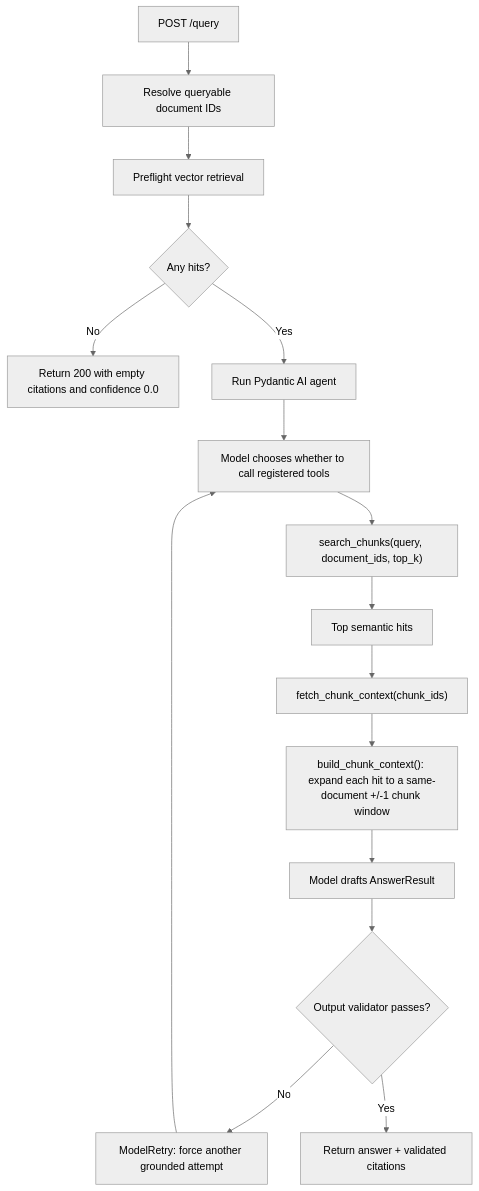
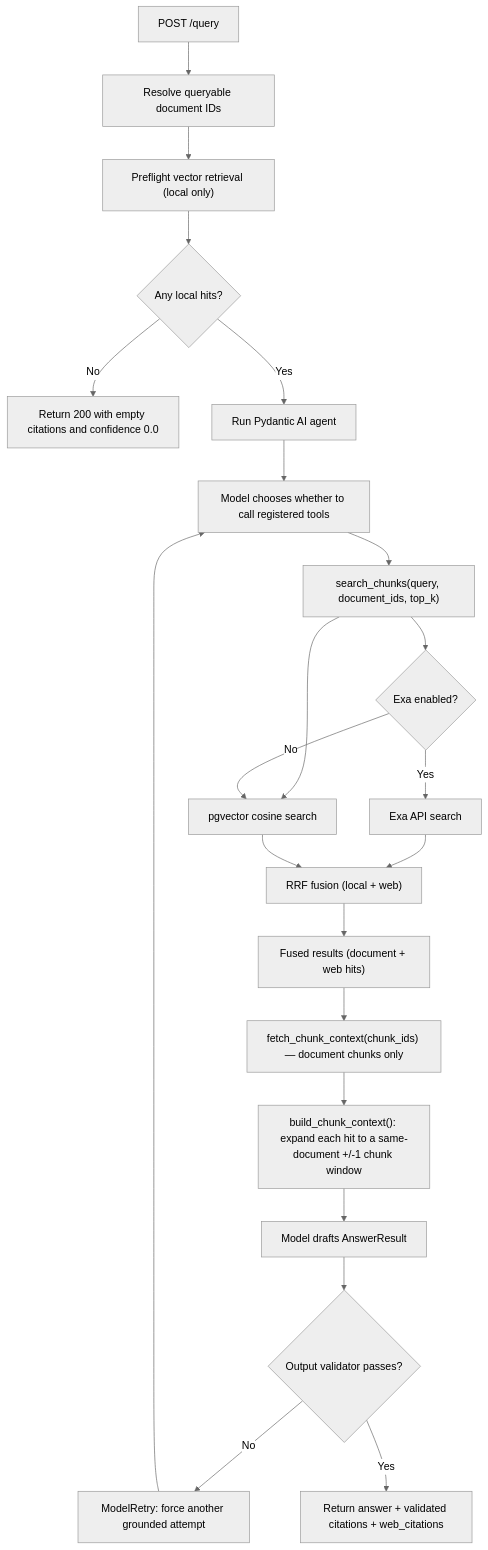
Before and after one commit to Joker666/AskMyDocs: the diagram in README.md, drawn with Mermaid (neutral theme). The commit also changed other lines of this file and 17 other files, not shown here.

````diff
--- a/README.md
+++ b/README.md
@@ -231,18 +295,24 @@
 ```mermaid
 flowchart TD
     A["POST /query"] --> B["Resolve queryable document IDs"]
-    B --> C["Preflight vector retrieval"]
-    C --> D{"Any hits?"}
+    B --> C["Preflight vector retrieval (local only)"]
+    C --> D{"Any local hits?"}
     D -- "No" --> E["Return 200 with empty citations and confidence 0.0"]
     D -- "Yes" --> F["Run Pydantic AI agent"]
     F --> G["Model chooses whether to call registered tools"]
     G --> H["search_chunks(query, document_ids, top_k)"]
-    H --> I["Top semantic hits"]
-    I --> J["fetch_chunk_context(chunk_ids)"]
+    H --> H1["pgvector cosine search"]
+    H --> H2{"Exa enabled?"}
+    H2 -- "Yes" --> H3["Exa API search"]
+    H3 --> H4["RRF fusion (local + web)"]
+    H1 --> H4
+    H2 -- "No" --> H1
+    H4 --> I["Fused results (document + web hits)"]
+    I --> J["fetch_chunk_context(chunk_ids) — document chunks only"]
     J --> K["build_chunk_context(): expand each hit to a same-document +/-1 chunk window"]
     K --> L["Model drafts AnswerResult"]
     L --> M{"Output validator passes?"}
     M -- "No" --> N["ModelRetry: force another grounded attempt"]
     N --> G
-    M -- "Yes" --> O["Return answer + validated citations"]
+    M -- "Yes" --> O["Return answer + validated citations + web_citations"]
 ```
````
